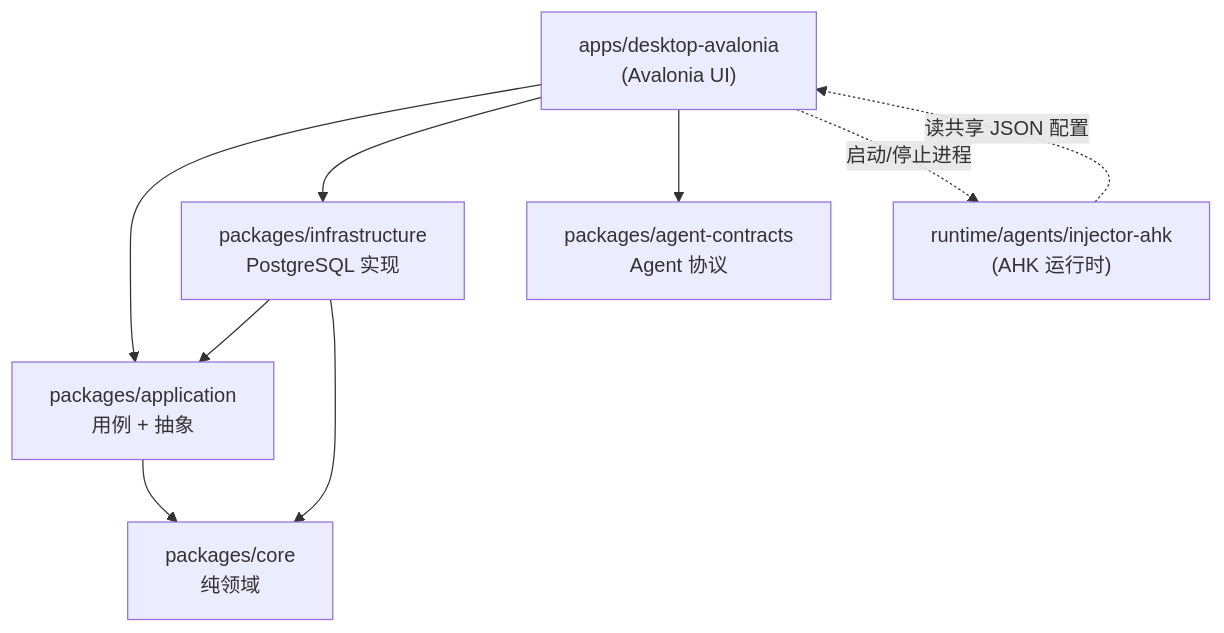
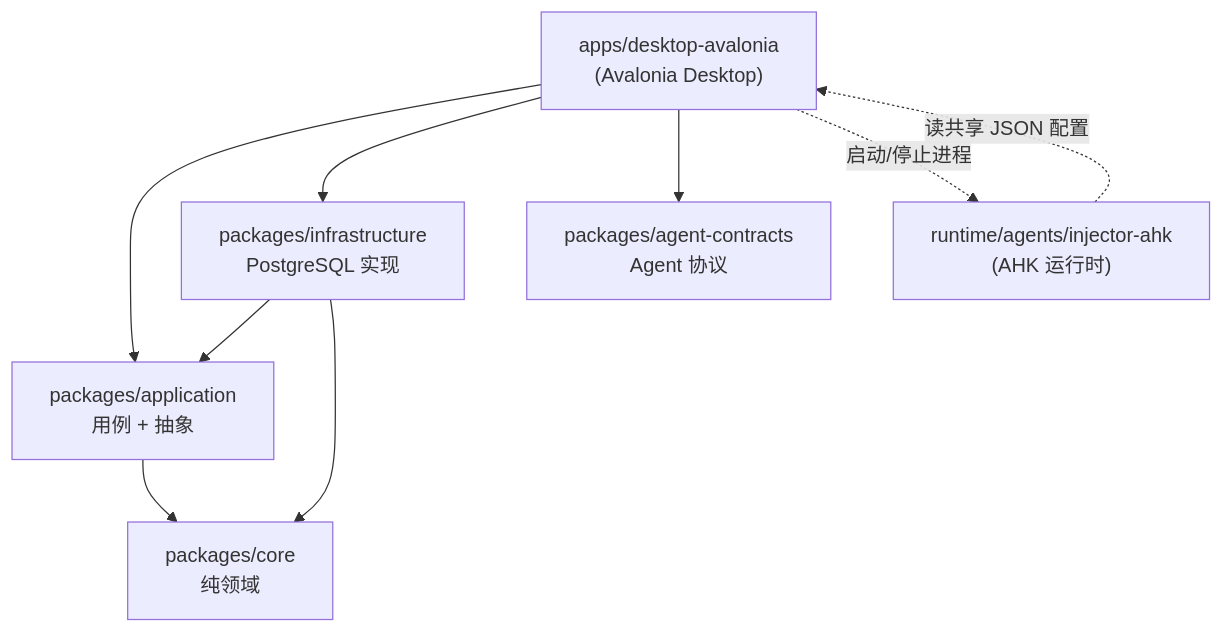
The diagram in docs/architecture/layering.md (pacmandoh/pactoolkits), drawn with Mermaid before and after one commit. The commit also changed other lines of this file and 6 other files, not shown here.

````diff
--- a/docs/architecture/layering.md
+++ b/docs/architecture/layering.md
@@ -7,18 +7,18 @@
 ```mermaid
 flowchart TB
-    UI["apps/desktop-avalonia\n(Avalonia UI)"]
+    DESKTOP["apps/desktop-avalonia\n(Avalonia Desktop)"]
     APP["packages/application\n用例 + 抽象"]
     INF["packages/infrastructure\nPostgreSQL 实现"]
     CORE["packages/core\n纯领域"]
     AGENT["packages/agent-contracts\nAgent 协议"]
     AHK["runtime/agents/injector-ahk\n(AHK 运行时)"]
 
-    UI --> APP
-    UI --> INF
-    UI --> AGENT
+    DESKTOP --> APP
+    DESKTOP --> INF
+    DESKTOP --> AGENT
     INF --> APP
     INF --> CORE
     APP --> CORE
-    AHK -.->|读共享 JSON 配置| UI
-    UI -.->|启动/停止进程| AHK
+    AHK -.->|读共享 JSON 配置| DESKTOP
+    DESKTOP -.->|启动/停止进程| AHK
 ```
````
